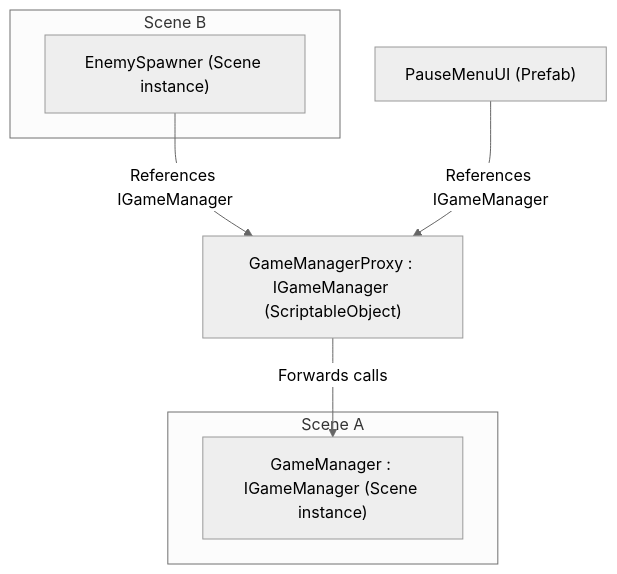
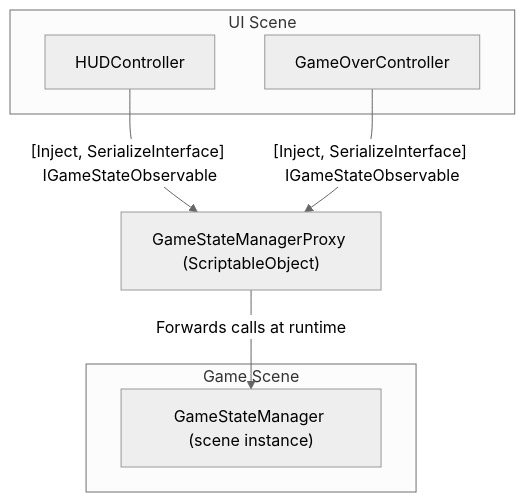
Before and after one commit to alexanderlarsen/Saneject: the diagram in Docs/articles/core-concepts/proxies.md, drawn with Mermaid (neutral theme). The commit also changed other lines of this file and 18 other files, not shown here.

````diff
--- a/Docs/articles/core-concepts/proxies.md
+++ b/Docs/articles/core-concepts/proxies.md
@@ -39,17 +13,17 @@
 ```mermaid
 flowchart TD
-Proxy["GameManagerProxy : IGameManager (ScriptableObject)"]
-PauseMenuUI["PauseMenuUI (Prefab)"]
+  Proxy["GameStateManagerProxy (ScriptableObject)"]
 
-subgraph "Scene A"
-GameManager["GameManager : IGameManager (Scene instance)"]
-end
+  subgraph "Game Scene"
+    GameStateManager["GameStateManager (scene instance)"]
+  end
 
-subgraph "Scene B"
-EnemySpawner["EnemySpawner (Scene instance)"]
-end
+  subgraph "UI Scene"
+    HUDController["HUDController"]
+    GameOverController["GameOverController"]
+  end
 
-EnemySpawner -->|References IGameManager| Proxy
-PauseMenuUI  -->|References IGameManager| Proxy
-Proxy -->|Forwards calls| GameManager
+  HUDController -->|"[Inject, SerializeInterface] IGameStateObservable"| Proxy
+  GameOverController -->|"[Inject, SerializeInterface] IGameStateObservable"| Proxy
+  Proxy -->|"Forwards calls at runtime"| GameStateManager
 ```
````
